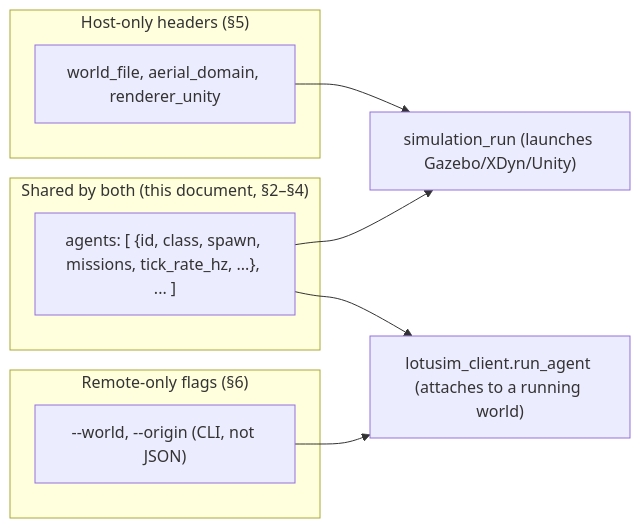
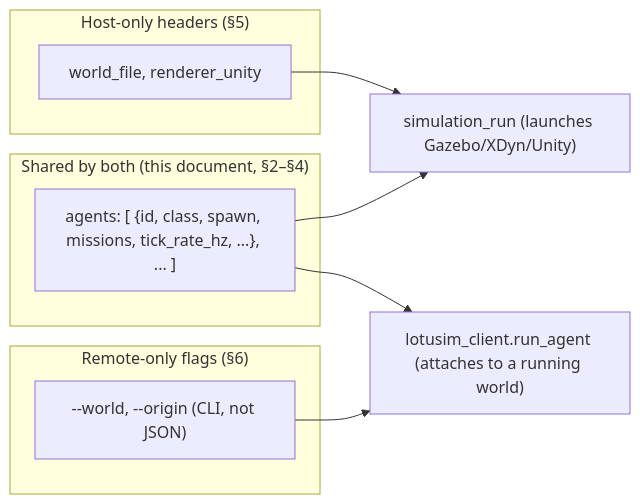
The diagram in doc/WRITE_SCENARIO.md (IRL-Crossing-CNRS/LOTUSim-generic-scenario), drawn with Mermaid before and after one commit. The commit also changed other lines of this file and 47 other files, not shown here.

````diff
--- a/doc/WRITE_SCENARIO.md
+++ b/doc/WRITE_SCENARIO.md
@@ -32,16 +32,16 @@
 ```mermaid
 flowchart LR
     subgraph Shared["Shared by both (this document, §2–§4)"]
         AGENTS["agents: [ {id, class, spawn, missions, tick_rate_hz, ...}, ... ]"]
     end
     subgraph HostOnly["Host-only headers (§5)"]
-        H["world_file, aerial_domain, renderer_unity"]
+        H["world_file, renderer_unity"]
     end
     subgraph RemoteOnly["Remote-only flags (§6)"]
         R["--world, --origin (CLI, not JSON)"]
     end
     H --> HOST["simulation_run (launches Gazebo/XDyn/Unity)"]
     AGENTS --> HOST
     AGENTS --> REMOTE["lotusim_client.run_agent (attaches to a running world)"]
     R --> REMOTE
 ```
````
